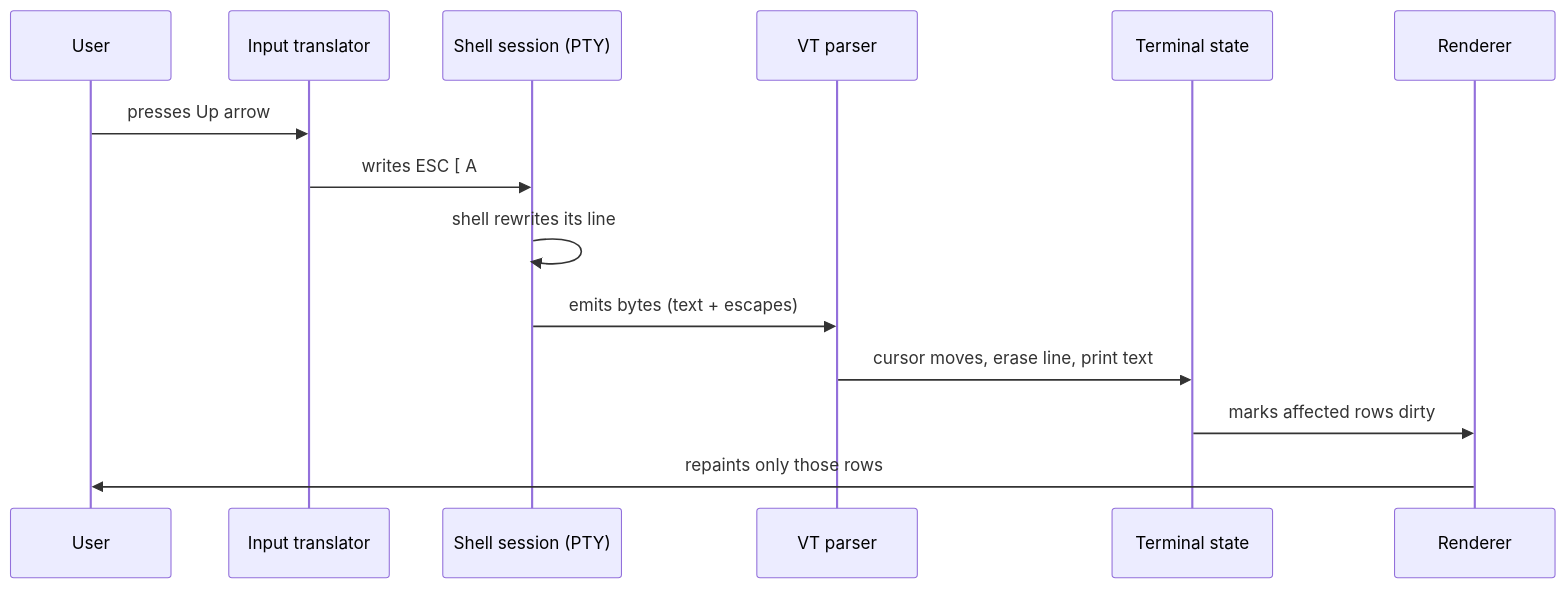
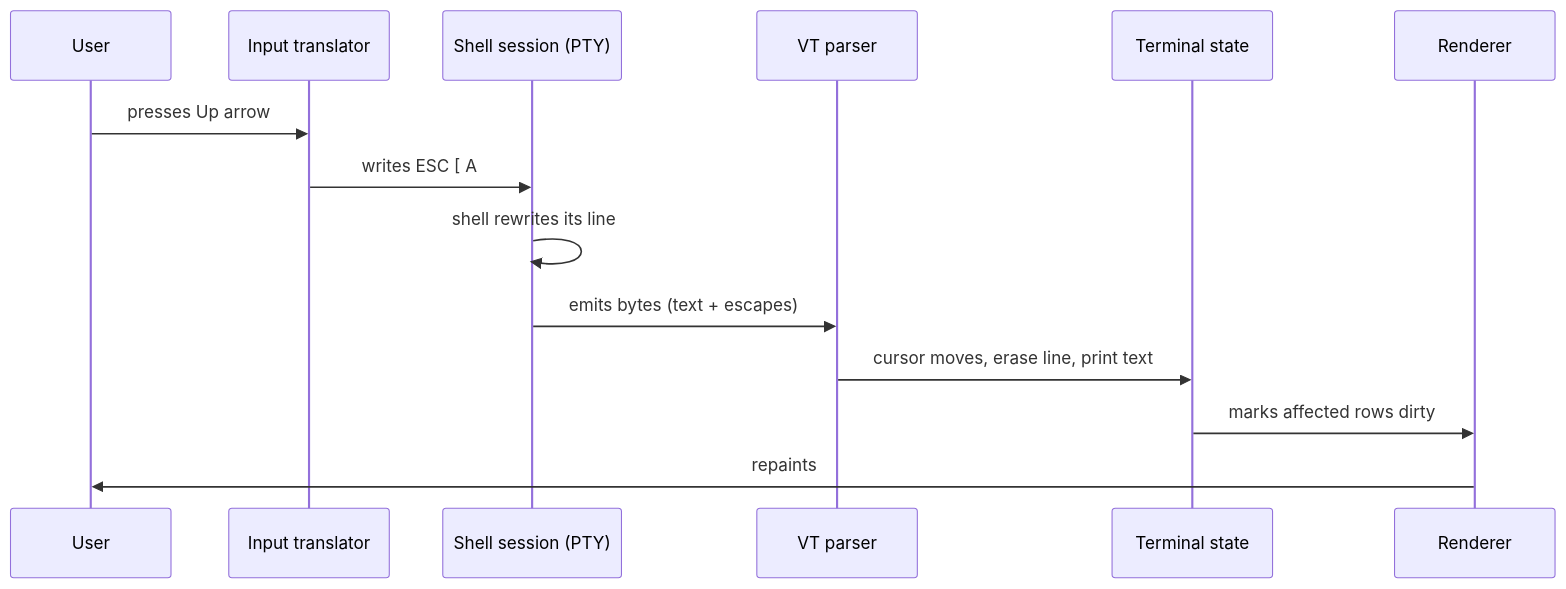
The second of 3 diagrams in README.md (GuyKershtein/NovaTerminal), drawn with Mermaid before and after one commit. The commit also changed other lines of this file and 27 other files, not shown here.

````diff
--- a/README.md
+++ b/README.md
@@ -119,17 +105,17 @@
 ```mermaid
 sequenceDiagram
     participant U as User
     participant I as Input translator
     participant S as Shell session (PTY)
     participant P as VT parser
     participant T as Terminal state
     participant R as Renderer
 
     U->>I: presses Up arrow
     I->>S: writes ESC [ A
     S->>S: shell rewrites its line
     S->>P: emits bytes (text + escapes)
     P->>T: cursor moves, erase line, print text
     T->>R: marks affected rows dirty
-    R->>U: repaints only those rows
+    R->>U: repaints
 ```
````
